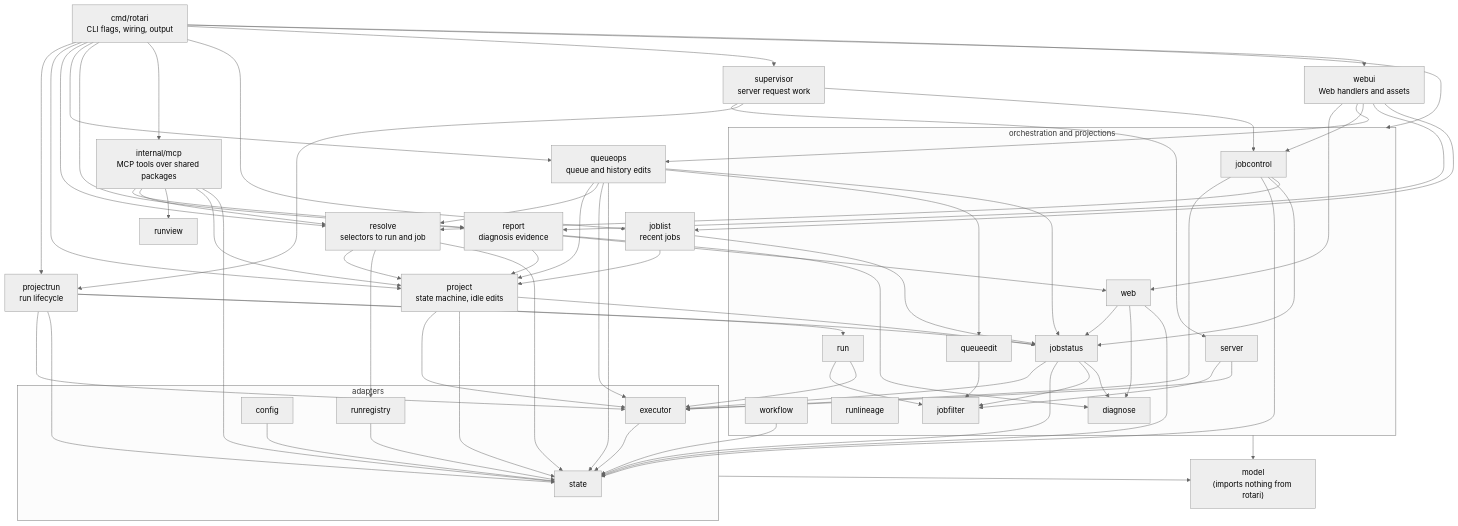
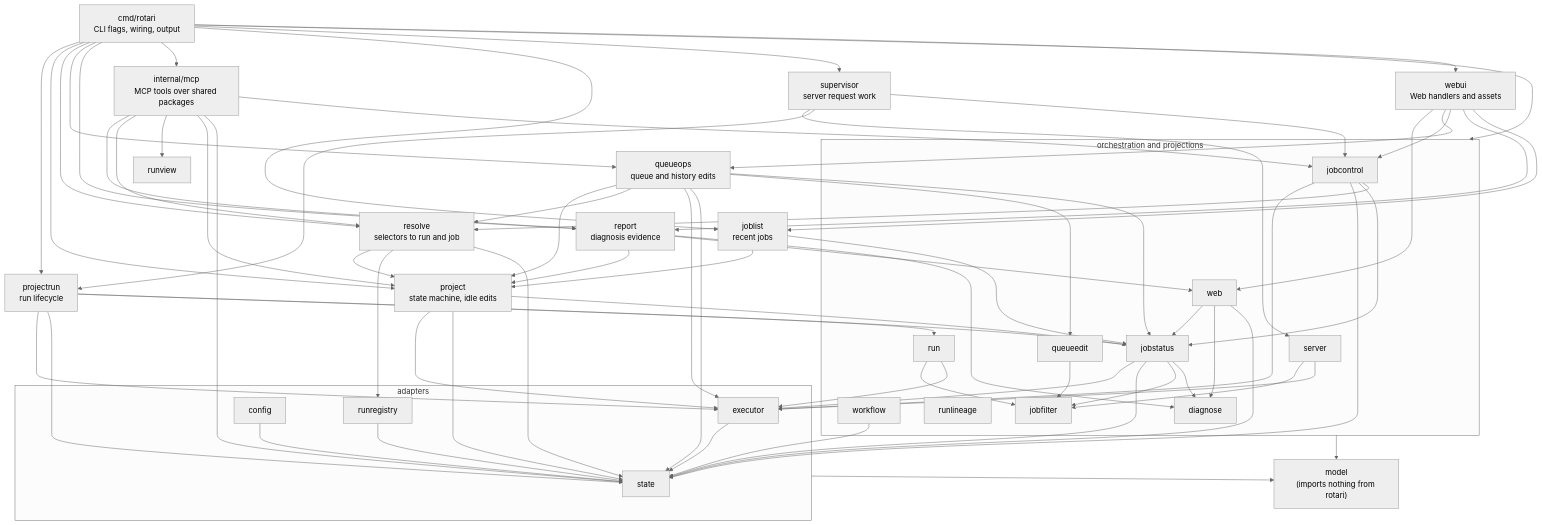
The second of 2 diagrams in docs/ARCHITECTURE.md (kamo-naoyuki/rotari), drawn with Mermaid (neutral theme) before and after one commit. The commit also changed other lines of this file and 9 other files, not shown here.

```diff
--- a/docs/ARCHITECTURE.md
+++ b/docs/ARCHITECTURE.md
@@ -153,6 +153,7 @@
    mcpadapter --> runview
    mcpadapter --> project
    mcpadapter --> state
+   mcpadapter --> jobcontrol
   report --> web
   report --> project
   report --> diagnose
```
